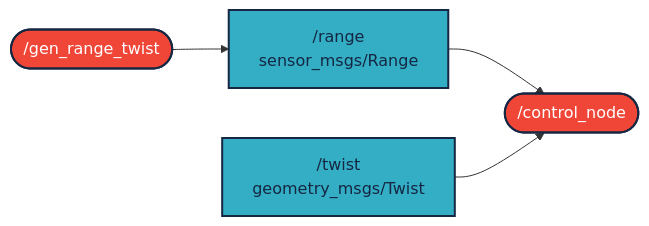
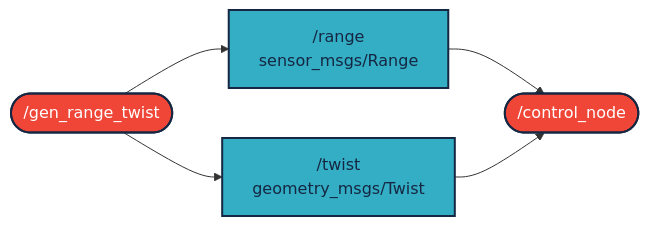
Before and after one commit to umiklos/ung_isl_ajr_data_generation_and_control: the diagram in README.md, drawn with Mermaid. The commit also changed other lines of this file, not shown here.

Commit message:
update mermaid graph

````diff
--- a/README.md
+++ b/README.md
@@ -46,14 +46,15 @@
 ``` mermaid
 graph LR;
 
 gen([ /gen_range_twist]):::red --> range
 
 range[ /range<br/>sensor_msgs/Range]:::light --> cont([ /control_node]):::red
 twist[ /twist<br/>geometry_msgs/Twist]:::light -->cont  
+gen --> twist
 
 
 classDef light fill:#34aec5,stroke:#152742,stroke-width:2px,color:#152742  
 classDef dark fill:#152742,stroke:#34aec5,stroke-width:2px,color:#34aec5
 classDef white fill:#ffffff,stroke:#152742,stroke-width:2px,color:#152742
 classDef red fill:#ef4638,stroke:#152742,stroke-width:2px,color:#fff
 ```
````
